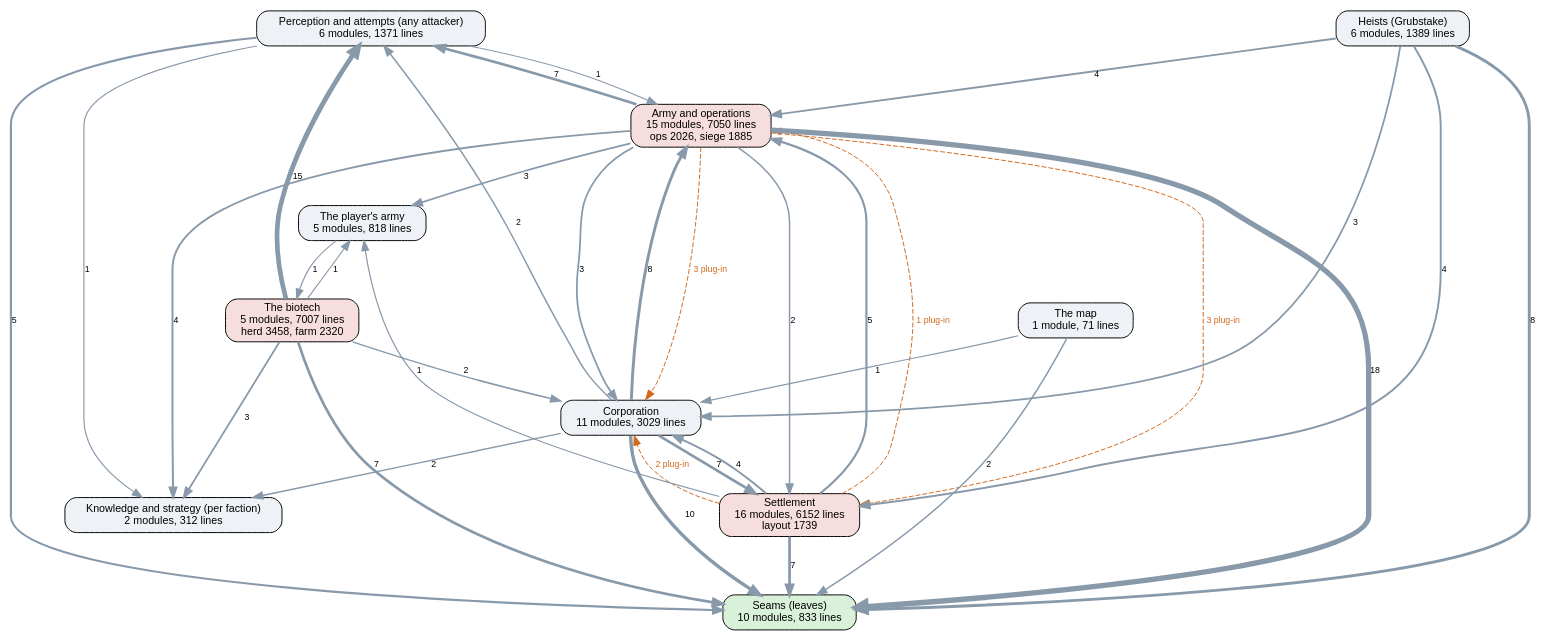
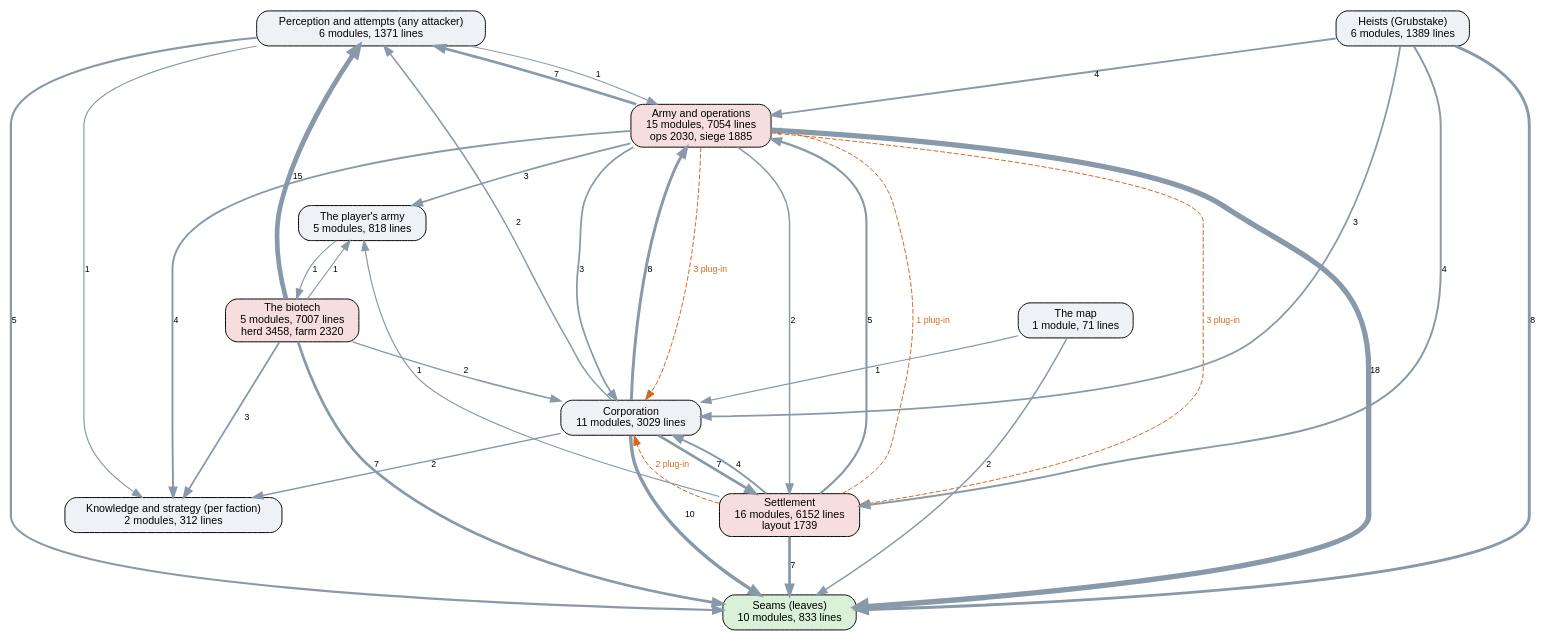
The diagram in docs/ai-layers.dot (kinelhu/landing-party), drawn with Graphviz before and after one commit. The commit also changed 4 other files, not shown here.

First line of the commit message:
AI graph regenerated after the trailer scenario's ops.force owner

```diff
--- a/docs/ai-layers.dot
+++ b/docs/ai-layers.dot
@@ -1,49 +1,49 @@
 digraph layers {
   graph [rankdir=TB, fontname="Helvetica", nodesep=0.5, ranksep=0.7];
   node [shape=box, style="rounded,filled", fontname="Helvetica", fontsize=11, fillcolor="#eef2f7"];
   edge [color="#8899aa", fontname="Helvetica", fontsize=9];
   "Seams (leaves)" [label="Seams (leaves)\n10 modules, 833 lines", fillcolor="#d9f0d9"];
   "Perception and attempts (any attacker)" [label="Perception and attempts (any attacker)\n6 modules, 1371 lines", fillcolor="#eef2f7"];
   "Knowledge and strategy (per faction)" [label="Knowledge and strategy (per faction)\n2 modules, 312 lines", fillcolor="#eef2f7"];
   "Corporation" [label="Corporation\n11 modules, 3029 lines", fillcolor="#eef2f7"];
   "Settlement" [label="Settlement\n16 modules, 6152 lines\nlayout 1739", fillcolor="#f7dede"];
-  "Army and operations" [label="Army and operations\n15 modules, 7050 lines\nops 2026, siege 1885", fillcolor="#f7dede"];
+  "Army and operations" [label="Army and operations\n15 modules, 7054 lines\nops 2030, siege 1885", fillcolor="#f7dede"];
   "Heists (Grubstake)" [label="Heists (Grubstake)\n6 modules, 1389 lines", fillcolor="#eef2f7"];
   "The biotech" [label="The biotech\n5 modules, 7007 lines\nherd 3458, farm 2320", fillcolor="#f7dede"];
   "The map" [label="The map\n1 module, 71 lines", fillcolor="#eef2f7"];
   "The player's army" [label="The player's army\n5 modules, 818 lines", fillcolor="#eef2f7"];
   "Army and operations" -> "Corporation" [label="3", penwidth=1.8];
   "Army and operations" -> "Knowledge and strategy (per faction)" [label="4", penwidth=2.0];
   "Army and operations" -> "Perception and attempts (any attacker)" [label="7", penwidth=2.8];
   "Army and operations" -> "Seams (leaves)" [label="18", penwidth=5.5];
   "Army and operations" -> "Settlement" [label="2", penwidth=1.5];
   "Army and operations" -> "The player's army" [label="3", penwidth=1.8];
   "Corporation" -> "Army and operations" [label="8", penwidth=3.0];
   "Corporation" -> "Knowledge and strategy (per faction)" [label="2", penwidth=1.5];
   "Corporation" -> "Perception and attempts (any attacker)" [label="2", penwidth=1.5];
   "Corporation" -> "Seams (leaves)" [label="10", penwidth=3.5];
   "Corporation" -> "Settlement" [label="7", penwidth=2.8];
   "Heists (Grubstake)" -> "Army and operations" [label="4", penwidth=2.0];
   "Heists (Grubstake)" -> "Corporation" [label="3", penwidth=1.8];
   "Heists (Grubstake)" -> "Seams (leaves)" [label="8", penwidth=3.0];
   "Heists (Grubstake)" -> "Settlement" [label="4", penwidth=2.0];
   "Perception and attempts (any attacker)" -> "Army and operations" [label="1", penwidth=1.2];
   "Perception and attempts (any attacker)" -> "Knowledge and strategy (per faction)" [label="1", penwidth=1.2];
   "Perception and attempts (any attacker)" -> "Seams (leaves)" [label="5", penwidth=2.2];
   "Settlement" -> "Army and operations" [label="5", penwidth=2.2];
   "Settlement" -> "Corporation" [label="4", penwidth=2.0];
   "Settlement" -> "Seams (leaves)" [label="7", penwidth=2.8];
   "Settlement" -> "The player's army" [label="1", penwidth=1.2];
   "The biotech" -> "Corporation" [label="2", penwidth=1.5];
   "The biotech" -> "Knowledge and strategy (per faction)" [label="3", penwidth=1.8];
   "The biotech" -> "Perception and attempts (any attacker)" [label="15", penwidth=4.8];
   "The biotech" -> "Seams (leaves)" [label="7", penwidth=2.8];
   "The biotech" -> "The player's army" [label="1", penwidth=1.2];
   "The map" -> "Corporation" [label="1", penwidth=1.2];
   "The map" -> "Seams (leaves)" [label="2", penwidth=1.5];
   "The player's army" -> "The biotech" [label="1", penwidth=1.2];
   "Army and operations" -> "Corporation" [style=dashed, color="#d2691e", fontcolor="#d2691e", label="3 plug-in"];
   "Army and operations" -> "Settlement" [style=dashed, color="#d2691e", fontcolor="#d2691e", label="3 plug-in"];
   "Settlement" -> "Army and operations" [style=dashed, color="#d2691e", fontcolor="#d2691e", label="1 plug-in"];
   "Settlement" -> "Corporation" [style=dashed, color="#d2691e", fontcolor="#d2691e", label="2 plug-in"];
 }
```
